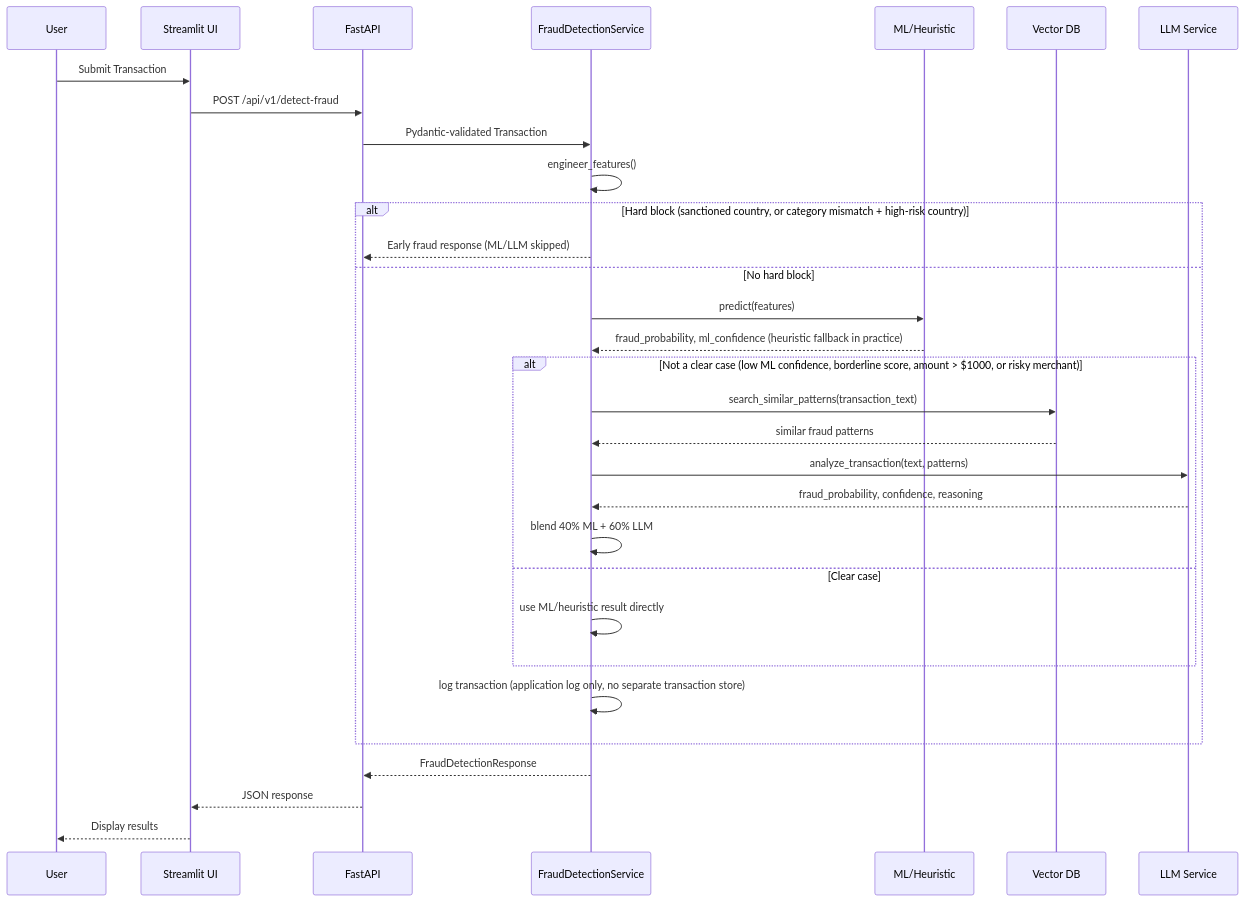
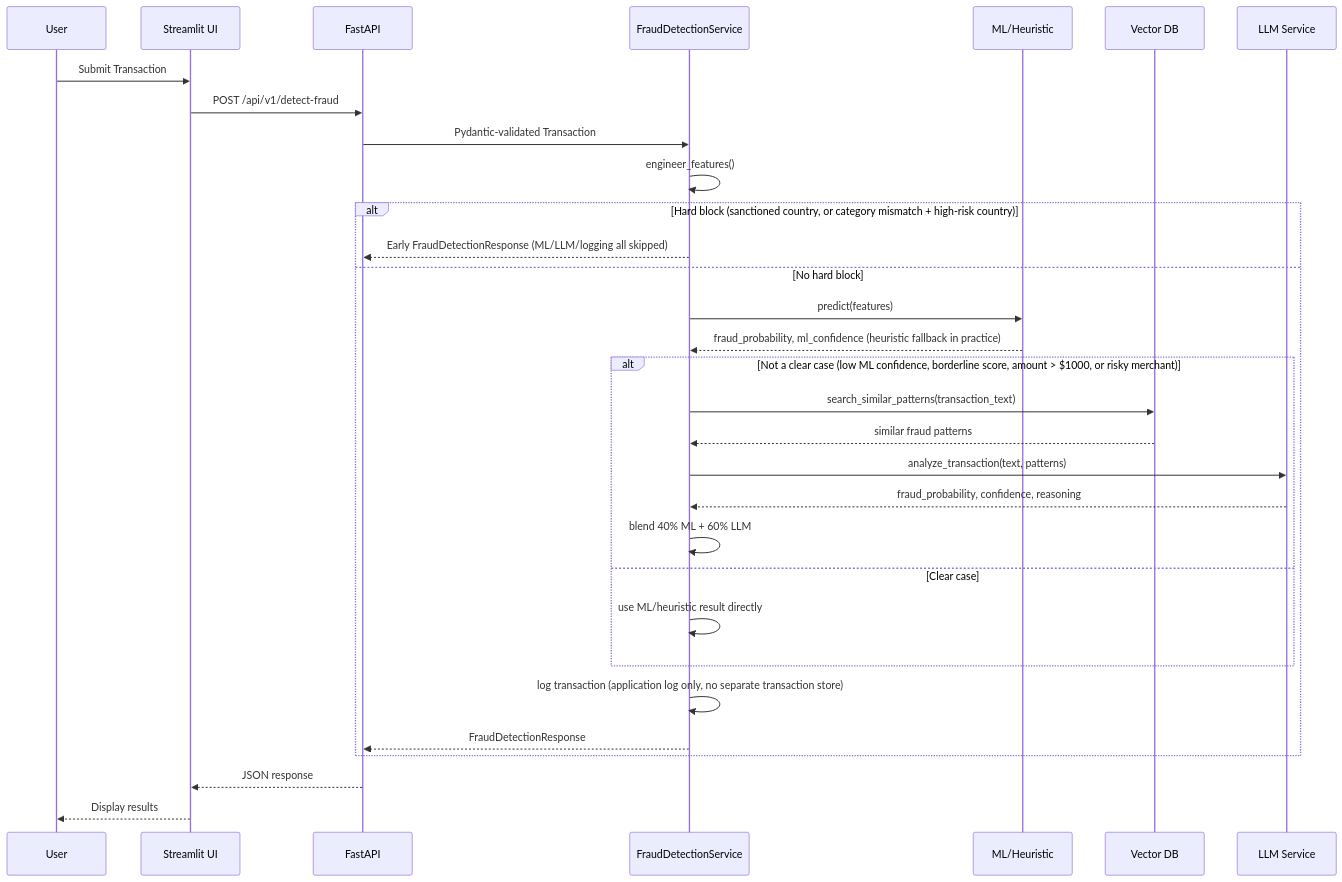
One commit to guruthanglearning/AILearning changed the third of 5 diagrams in MLProjects/creditcardfrauddetection/README.md. Above: the diagram before and after it, drawn with Mermaid. The commit also changed other lines of this file, not shown here.

First line of the commit message:
Address Codex review: logging only on non-hard-block path, one response per request, manage_models.py is broken

````diff
--- a/MLProjects/creditcardfrauddetection/README.md
+++ b/MLProjects/creditcardfrauddetection/README.md
@@ -1697,38 +1697,38 @@
 ```mermaid
 sequenceDiagram
     participant User
     participant UI as Streamlit UI
     participant API as FastAPI
     participant Service as FraudDetectionService
     participant ML as ML/Heuristic
     participant Vector as Vector DB
     participant LLM as LLM Service
 
     User->>UI: Submit Transaction
     UI->>API: POST /api/v1/detect-fraud
     API->>Service: Pydantic-validated Transaction
     Service->>Service: engineer_features()
 
     alt Hard block (sanctioned country, or category mismatch + high-risk country)
-        Service-->>API: Early fraud response (ML/LLM skipped)
+        Service-->>API: Early FraudDetectionResponse (ML/LLM/logging all skipped)
     else No hard block
         Service->>ML: predict(features)
         ML-->>Service: fraud_probability, ml_confidence (heuristic fallback in practice)
 
         alt Not a clear case (low ML confidence, borderline score, amount > $1000, or risky merchant)
             Service->>Vector: search_similar_patterns(transaction_text)
             Vector-->>Service: similar fraud patterns
             Service->>LLM: analyze_transaction(text, patterns)
             LLM-->>Service: fraud_probability, confidence, reasoning
             Service->>Service: blend 40% ML + 60% LLM
         else Clear case
             Service->>Service: use ML/heuristic result directly
         end
 
         Service->>Service: log transaction (application log only, no separate transaction store)
+        Service-->>API: FraudDetectionResponse
     end
 
-    Service-->>API: FraudDetectionResponse
     API-->>UI: JSON response
     UI-->>User: Display results
 ```
````
